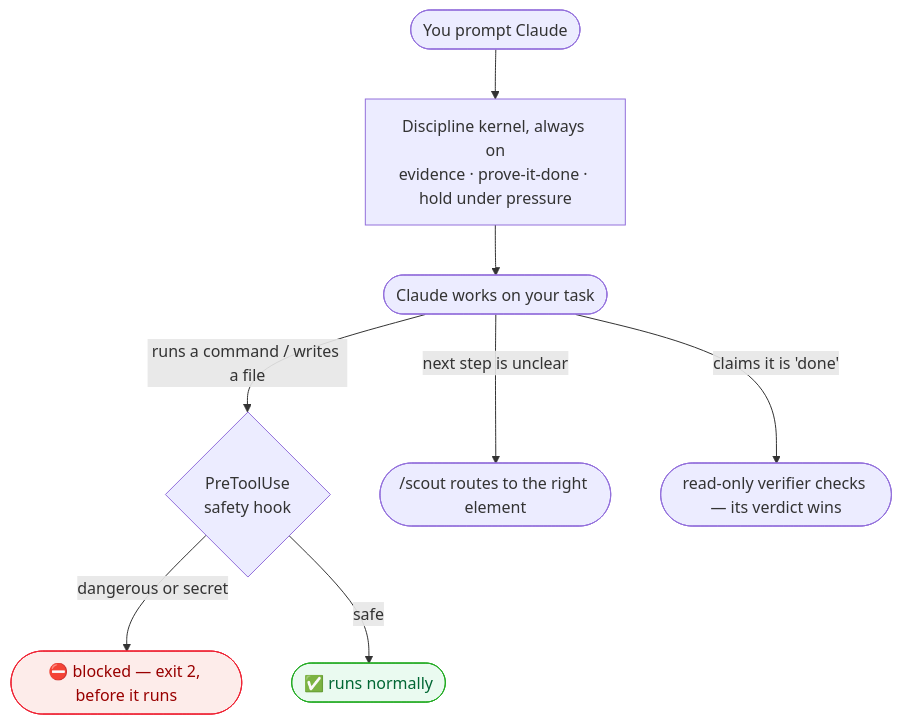
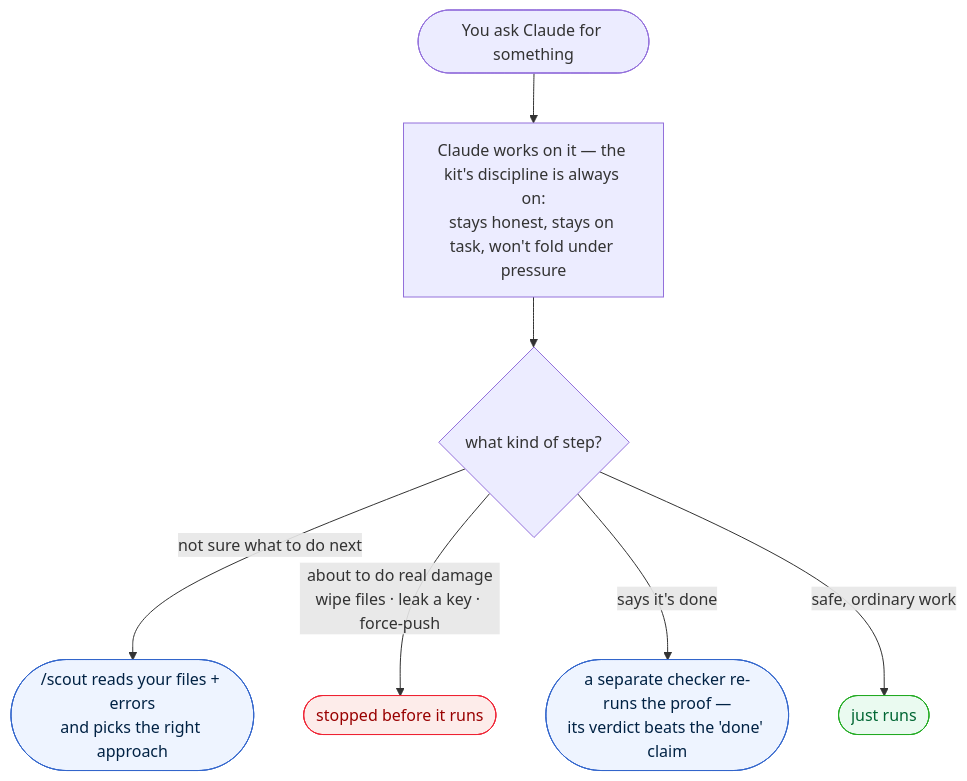
Before and after one commit to 1337co/1337scout: the first of 4 diagrams in README.md, drawn with Mermaid.

Commit message:
docs(readme): redesign the one-minute-picture diagram in plain language — you ask, Claude works (discipline on), then 4 plain outcomes: /scout picks the approach, real damage is stopped, a 'done' claim is re-checked by a separate checker, safe work just runs

````diff
--- a/README.md
+++ b/README.md
@@ -29,14 +29,16 @@
 ```mermaid
 flowchart TB
-    U(["You prompt Claude"]) --> K["Discipline kernel, always on<br/>evidence · prove-it-done · hold under pressure"]
-    K --> M(["Claude works on your task"])
-    M -->|"runs a command / writes a file"| H{"PreToolUse<br/>safety hook"}
-    H -->|"dangerous or secret"| BLK(["⛔ blocked — exit 2, before it runs"])
-    H -->|"safe"| RUN(["✅ runs normally"])
-    M -->|"next step is unclear"| S(["/scout routes to the right element"])
-    M -->|"claims it is 'done'"| V(["read-only verifier checks — its verdict wins"])
+    U(["You ask Claude for something"]) --> M["Claude works on it — the kit's discipline is always on:<br/>stays honest, stays on task, won't fold under pressure"]
+    M --> Q{"what kind of step?"}
+    Q -->|"not sure what to do next"| S(["/scout reads your files + errors<br/>and picks the right approach"])
+    Q -->|"about to do real damage<br/>wipe files · leak a key · force-push"| BLK(["stopped before it runs"])
+    Q -->|"says it's done"| V(["a separate checker re-runs the proof —<br/>its verdict beats the 'done' claim"])
+    Q -->|"safe, ordinary work"| RUN(["just runs"])
     classDef danger fill:#fdecea,stroke:#e23,color:#900;
     classDef ok fill:#eafaf0,stroke:#2a2,color:#063;
+    classDef route fill:#eef4ff,stroke:#36c,color:#024;
     class BLK danger
     class RUN ok
+    class S route
+    class V route
 ```
````
